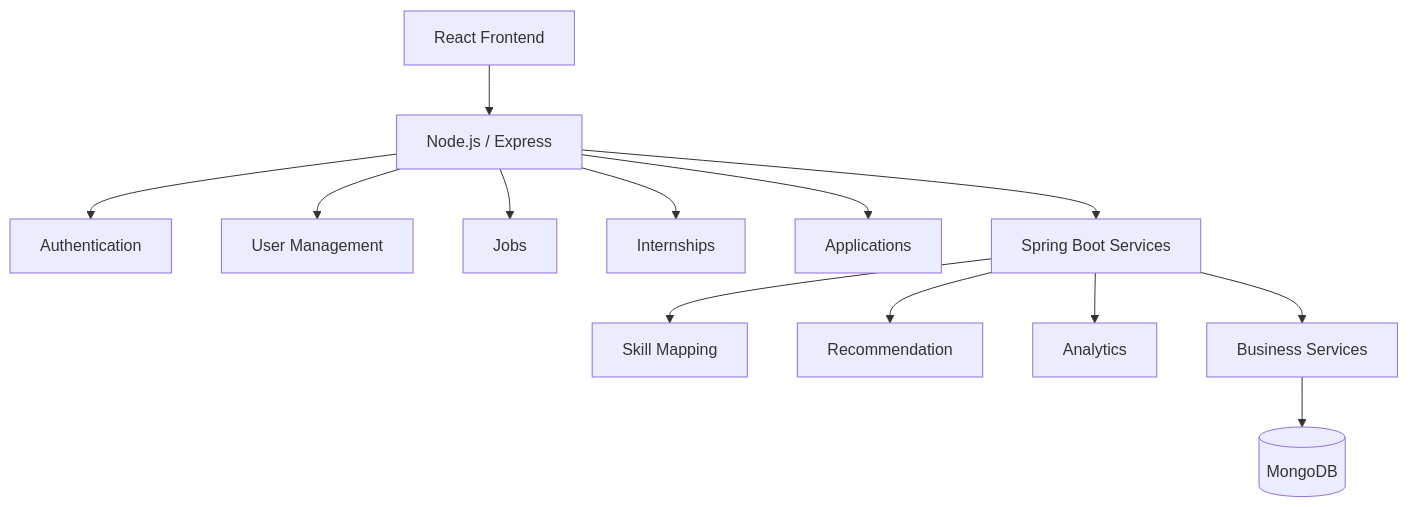
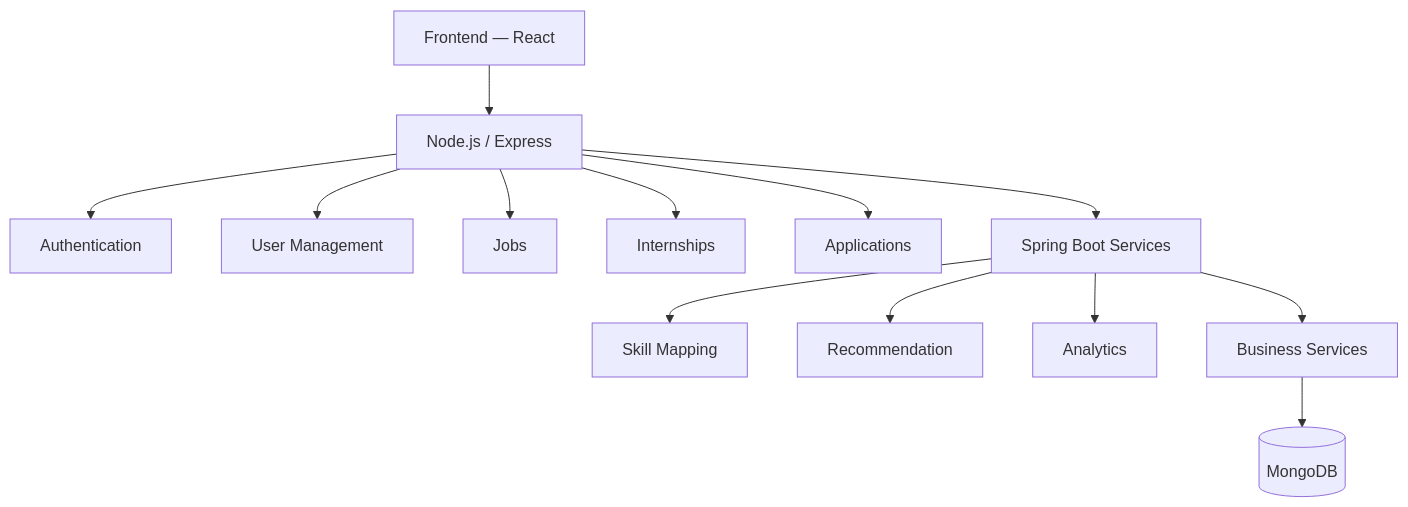
The sixth of 8 diagrams in README.md (CHETAN-PATEL-1/Brute-Force-2026), drawn with Mermaid before and after one commit. The commit also changed other lines of this file and 80 other files, not shown here.

````diff
--- a/README.md
+++ b/README.md
@@ -427,15 +443,15 @@
 ```mermaid
 graph TD
-    A[React Frontend] --> B[Node.js / Express]
+    A[Frontend — React] --> B[Node.js / Express]
     B --> C[Authentication]
     B --> D[User Management]
     B --> E[Jobs]
     B --> F[Internships]
     B --> G[Applications]
     B --> H[Spring Boot Services]
     H --> I[Skill Mapping]
     H --> J[Recommendation]
     H --> K[Analytics]
     H --> L[Business Services]
     L --> M[(MongoDB)]
 ```
````
